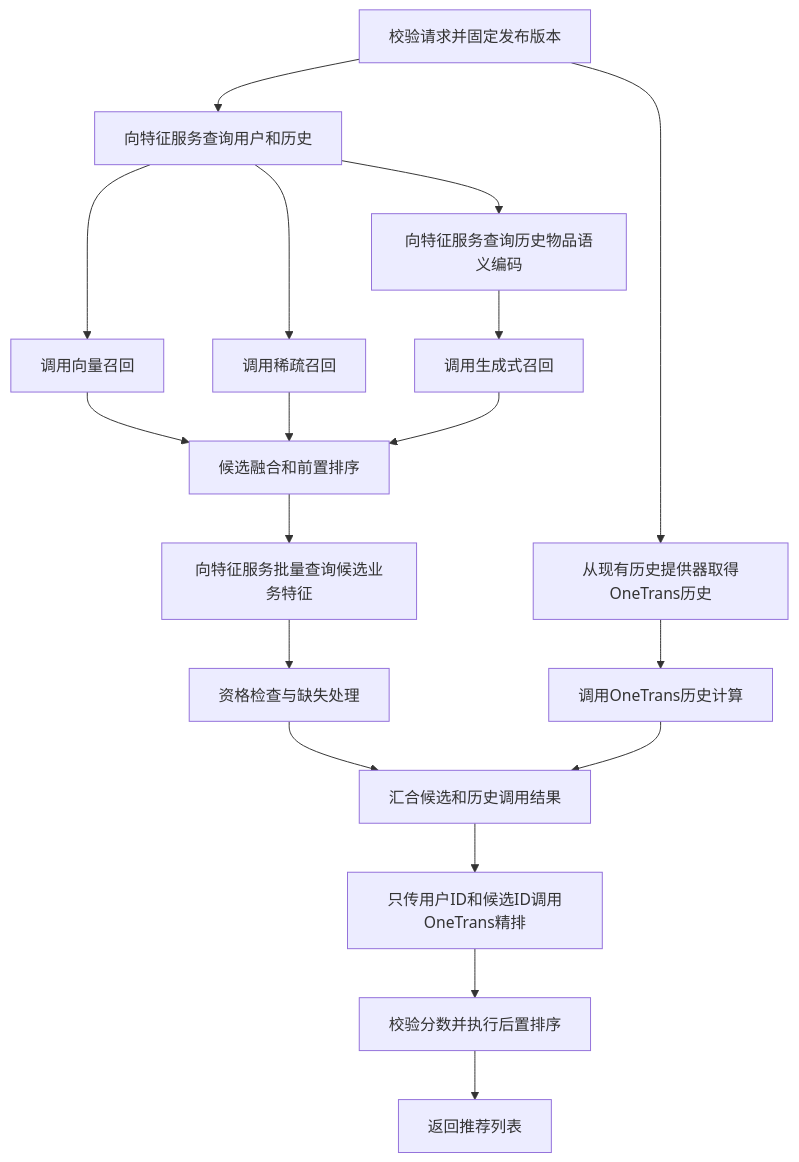
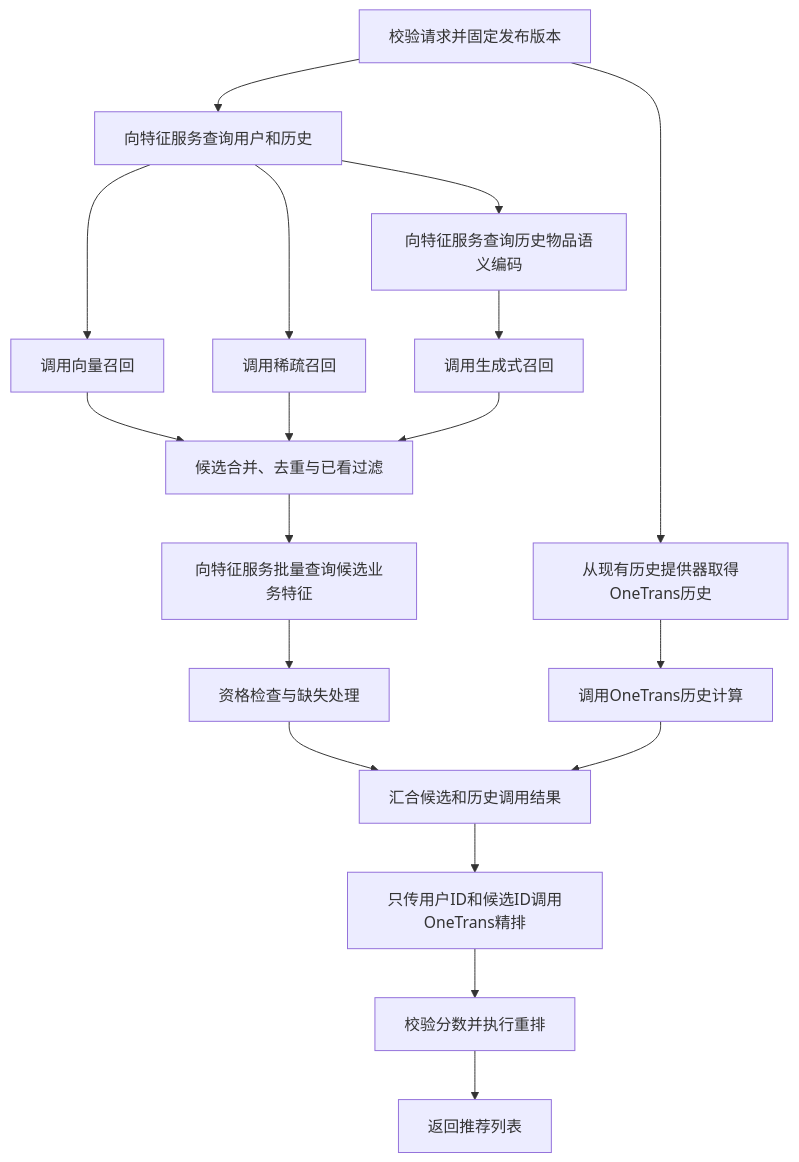
The second of 5 diagrams in 03_pairec_orchestration.md (bitianyuan123/docs), drawn with Mermaid before and after one commit. The commit also changed other lines of this file and 84 other files, not shown here.

````diff
--- a/03_pairec_orchestration.md
+++ b/03_pairec_orchestration.md
@@ -41,20 +41,20 @@
 ```mermaid
 flowchart TB
     Input[校验请求并固定发布版本] --> User[向特征服务查询用户和历史]
     User --> Vector[调用向量召回]
     User --> Sparse[调用稀疏召回]
     User --> Semantic[向特征服务查询历史物品语义编码]
     Semantic --> Generate[调用生成式召回]
     Input --> History[从现有历史提供器取得OneTrans历史]
     History --> Ingest[调用OneTrans历史计算]
-    Vector --> Fuse[候选融合和前置排序]
+    Vector --> Fuse[候选合并、去重与已看过滤]
     Sparse --> Fuse
     Generate --> Fuse
     Fuse --> Items[向特征服务批量查询候选业务特征]
     Items --> Filter[资格检查与缺失处理]
     Filter --> Join[汇合候选和历史调用结果]
     Ingest --> Join
     Join --> Rank[只传用户ID和候选ID调用OneTrans精排]
-    Rank --> Post[校验分数并执行后置排序]
+    Rank --> Post[校验分数并执行重排]
     Post --> Return[返回推荐列表]
 ```
````
